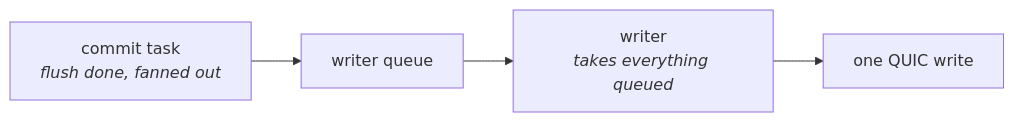
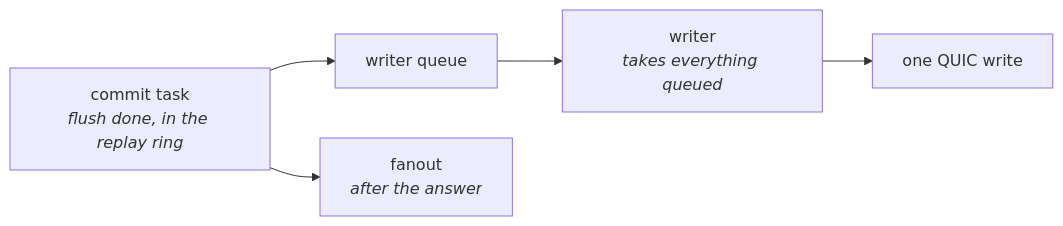
One commit to GetFelix/felix changed the second of 2 diagrams in docs/storage-performance.md. Above: the diagram before and after it, drawn with Mermaid. The commit also changed other lines of this file and 17 other files, not shown here.

First line of the commit message:
perf(broker): answer a publish before its fanout, and trim per-subscriber work (#1771)

````diff
--- a/docs/storage-performance.md
+++ b/docs/storage-performance.md
@@ -269,6 +269,7 @@
 ```mermaid
 graph LR
-    A["commit task<br/><i>flush done, fanned out</i>"] --> B["writer queue"]
+    A["commit task<br/><i>flush done, in the replay ring</i>"] --> B["writer queue"]
     B --> C["writer<br/><i>takes everything queued</i>"]
     C --> D["one QUIC write"]
+    A --> E["fanout<br/><i>after the answer</i>"]
 ```
````
